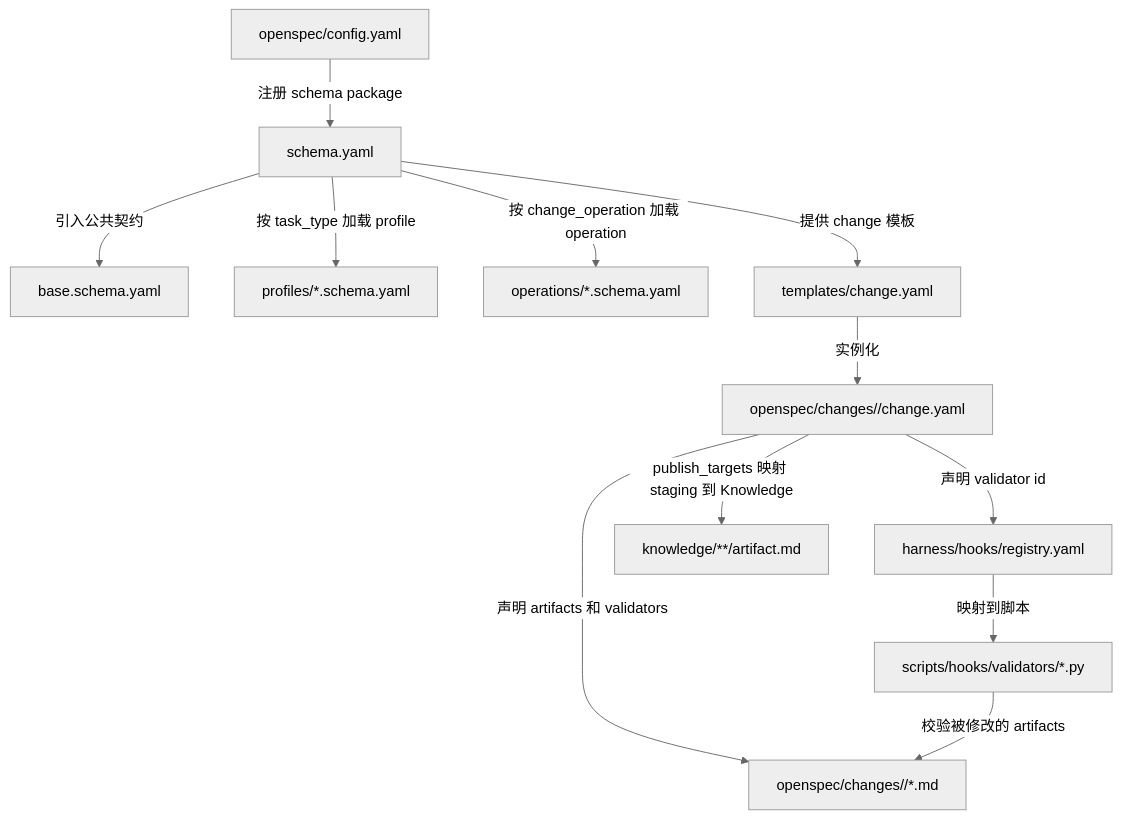
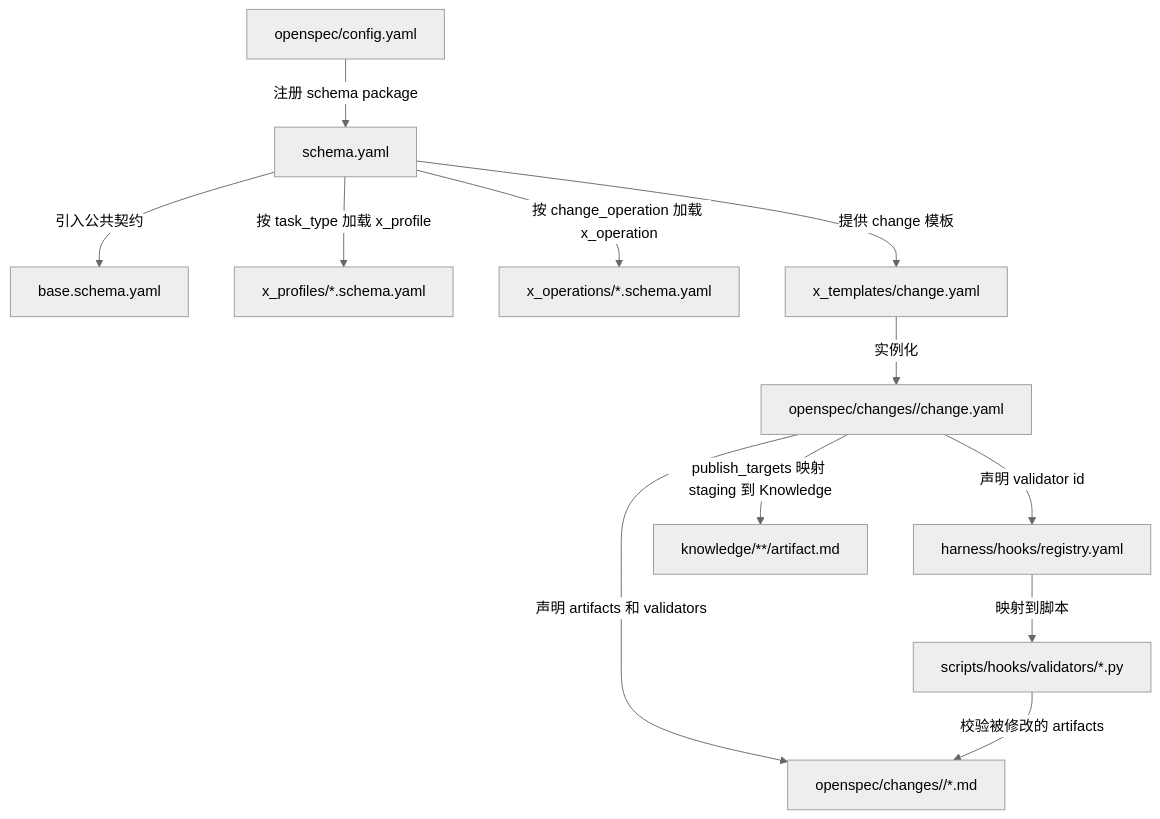
The diagram in harness/hooks/schema-wiring.md (iampkuhz/openspec-research-blockchain), drawn with Mermaid (neutral theme) before and after one commit. The commit also changed other lines of this file and 9 other files, not shown here.

Commit message:
完成 openspec schema 优化

````diff
--- a/harness/hooks/schema-wiring.md
+++ b/harness/hooks/schema-wiring.md
@@ -7,28 +7,28 @@
 ```mermaid
 flowchart TD
     A[openspec/config.yaml]
     B[schema.yaml]
     C[base.schema.yaml]
-    D[profiles/*.schema.yaml]
-    E[operations/*.schema.yaml]
-    F[templates/change.yaml]
+    D[x_profiles/*.schema.yaml]
+    E[x_operations/*.schema.yaml]
+    F[x_templates/change.yaml]
     G[openspec/changes/<id>/change.yaml]
     H[harness/hooks/registry.yaml]
     I[scripts/hooks/validators/*.py]
     J[openspec/changes/<id>/*.md]
     K[knowledge/**/artifact.md]
 
     A -->|注册 schema package| B
     B -->|引入公共契约| C
-    B -->|按 task_type 加载 profile| D
-    B -->|按 change_operation 加载 operation| E
+    B -->|按 task_type 加载 x_profile| D
+    B -->|按 change_operation 加载 x_operation| E
     B -->|提供 change 模板| F
 
     F -->|实例化| G
     G -->|声明 artifacts 和 validators| J
     G -->|声明 validator id| H
     H -->|映射到脚本| I
     I -->|校验被修改的 artifacts| J
 
     G -->|publish_targets 映射 staging 到 Knowledge| K
 ```
````
